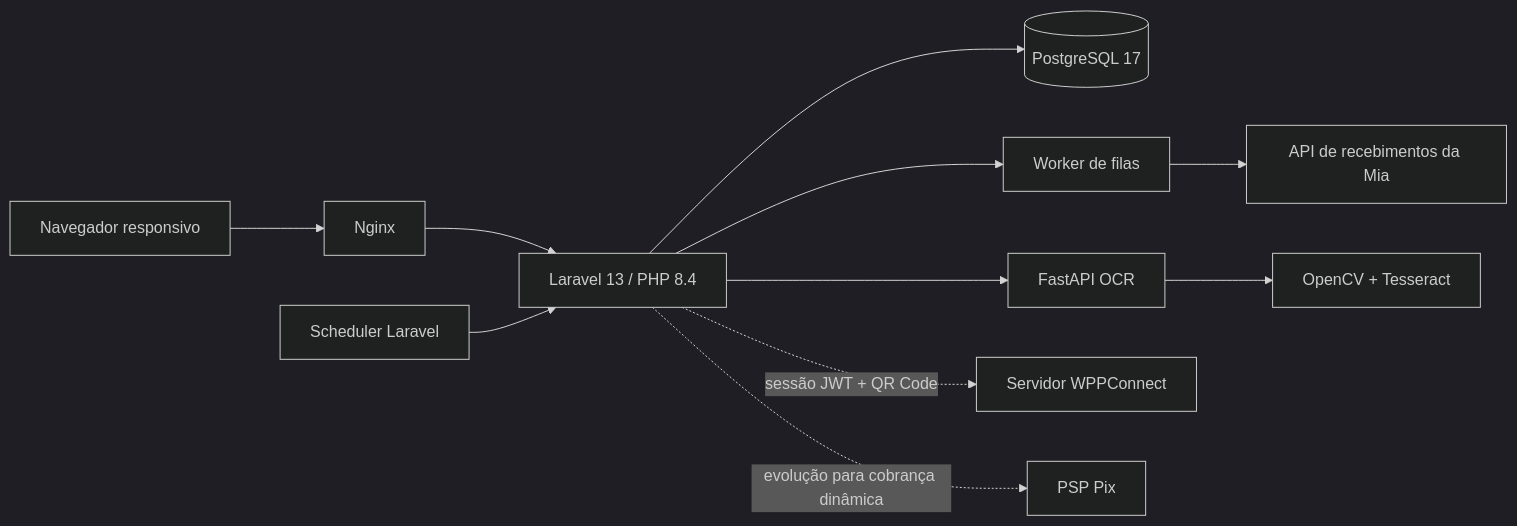
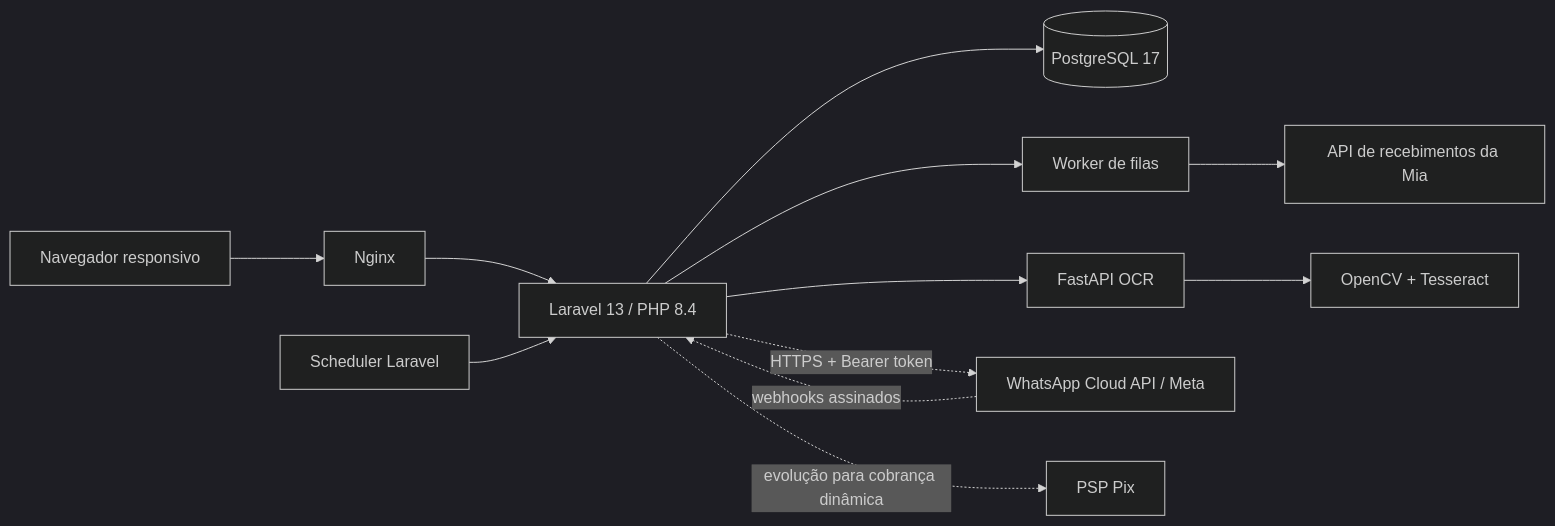
One commit to josival87/aluguelPro changed the first of 2 diagrams in docs/ARCHITECTURE.md. Above: the diagram before and after it, drawn with Mermaid (dark theme). The commit also changed other lines of this file and 32 other files, not shown here.

````diff
--- a/docs/ARCHITECTURE.md
+++ b/docs/ARCHITECTURE.md
@@ -5,13 +5,14 @@
 ```mermaid
 flowchart LR
     U["Navegador responsivo"] --> N["Nginx"]
     N --> L["Laravel 13 / PHP 8.4"]
     L --> P[("PostgreSQL 17")]
     L --> Q["Worker de filas"]
     S["Scheduler Laravel"] --> L
     L --> O["FastAPI OCR"]
     O --> T["OpenCV + Tesseract"]
-    L -. "sessão JWT + QR Code" .-> W["Servidor WPPConnect"]
+    L -. "HTTPS + Bearer token" .-> W["WhatsApp Cloud API / Meta"]
+    W -. "webhooks assinados" .-> L
     Q --> M["API de recebimentos da Mia"]
     L -. "evolução para cobrança dinâmica" .-> PSP["PSP Pix"]
 ```
````
